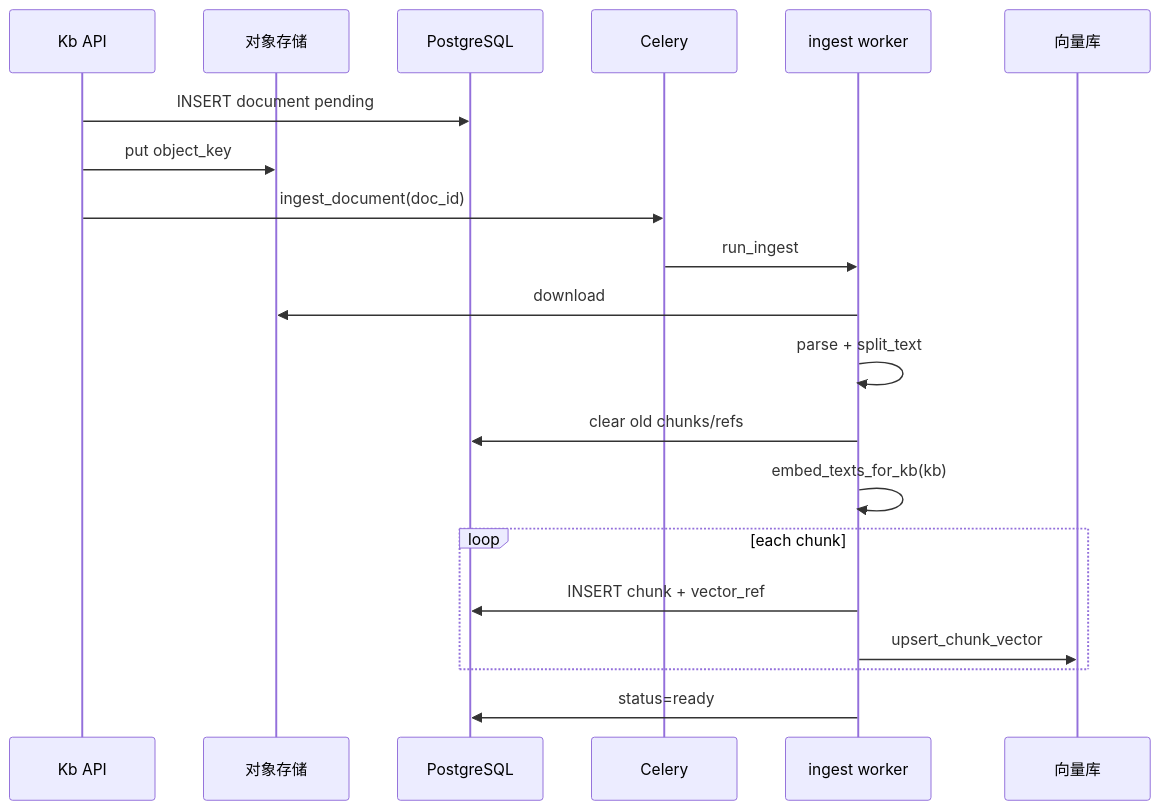
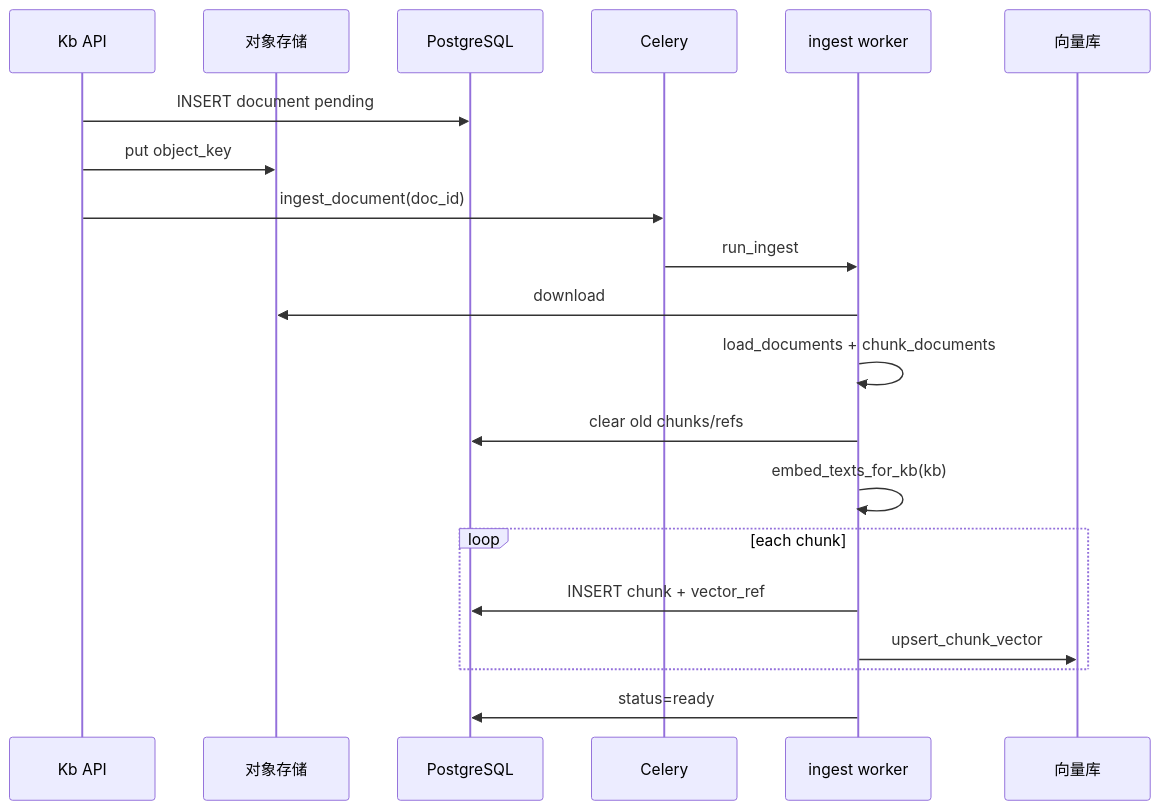
Before and after one commit to miles-ai-saas/MilesAi: the second of 2 diagrams in docs/guides/knowledge-base.md, drawn with Mermaid. The commit also changed other lines of this file and 164 other files, not shown here.

````diff
--- a/docs/guides/knowledge-base.md
+++ b/docs/guides/knowledge-base.md
@@ -103,23 +105,23 @@
 ```mermaid
 sequenceDiagram
     participant API as Kb API
     participant OSS as 对象存储
     participant PG as PostgreSQL
     participant Q as Celery
     participant W as ingest worker
     participant VS as 向量库
 
     API->>PG: INSERT document pending
     API->>OSS: put object_key
     API->>Q: ingest_document(doc_id)
     Q->>W: run_ingest
     W->>OSS: download
-    W->>W: parse + split_text
+    W->>W: load_documents + chunk_documents
     W->>PG: clear old chunks/refs
     W->>W: embed_texts_for_kb(kb)
     loop each chunk
         W->>PG: INSERT chunk + vector_ref
         W->>VS: upsert_chunk_vector
     end
     W->>PG: status=ready
 ```
````
